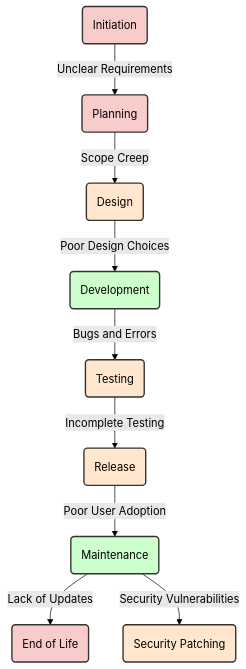
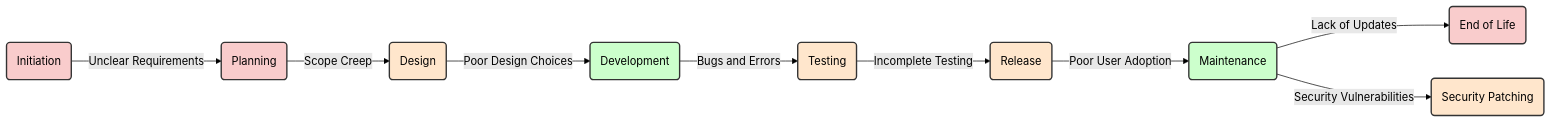
Before and after one commit to UPPMAX/programming_formalisms: the diagram in docs/introductions/sdlc.md, drawn with Mermaid (forest theme). The commit also changed other lines of this file, not shown here.

````diff
--- a/docs/introductions/sdlc.md
+++ b/docs/introductions/sdlc.md
@@ -36,19 +44,19 @@
 ```mermaid
-graph TD;
+graph LR;
     A(Initiation) -->|Unclear Requirements| B(Planning);
     B -->|Scope Creep| C(Design);
     C -->|Poor Design Choices| D(Development);
     D -->|Bugs and Errors| E(Testing);
     E -->|Incomplete Testing| F(Release);
     F -->|Poor User Adoption| G(Maintenance);
     G -->|Lack of Updates| H(End of Life);
     G -->|Security Vulnerabilities| I(Security Patching);
 
     classDef red fill:#f9cccc,stroke:#333,stroke-width:2px;
     classDef orange fill:#ffe6cc,stroke:#333,stroke-width:2px;
     classDef green fill:#ccffcc,stroke:#333,stroke-width:2px;
 
     class A,B,H red;
     class C,E,F,I orange;
     class D,G green;
 ```
````
